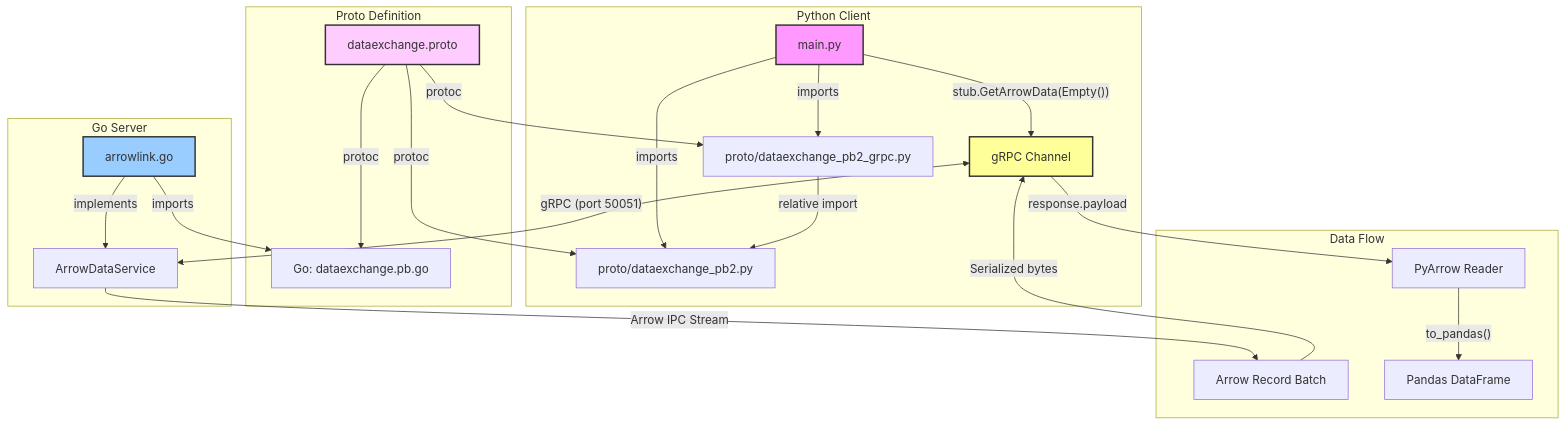
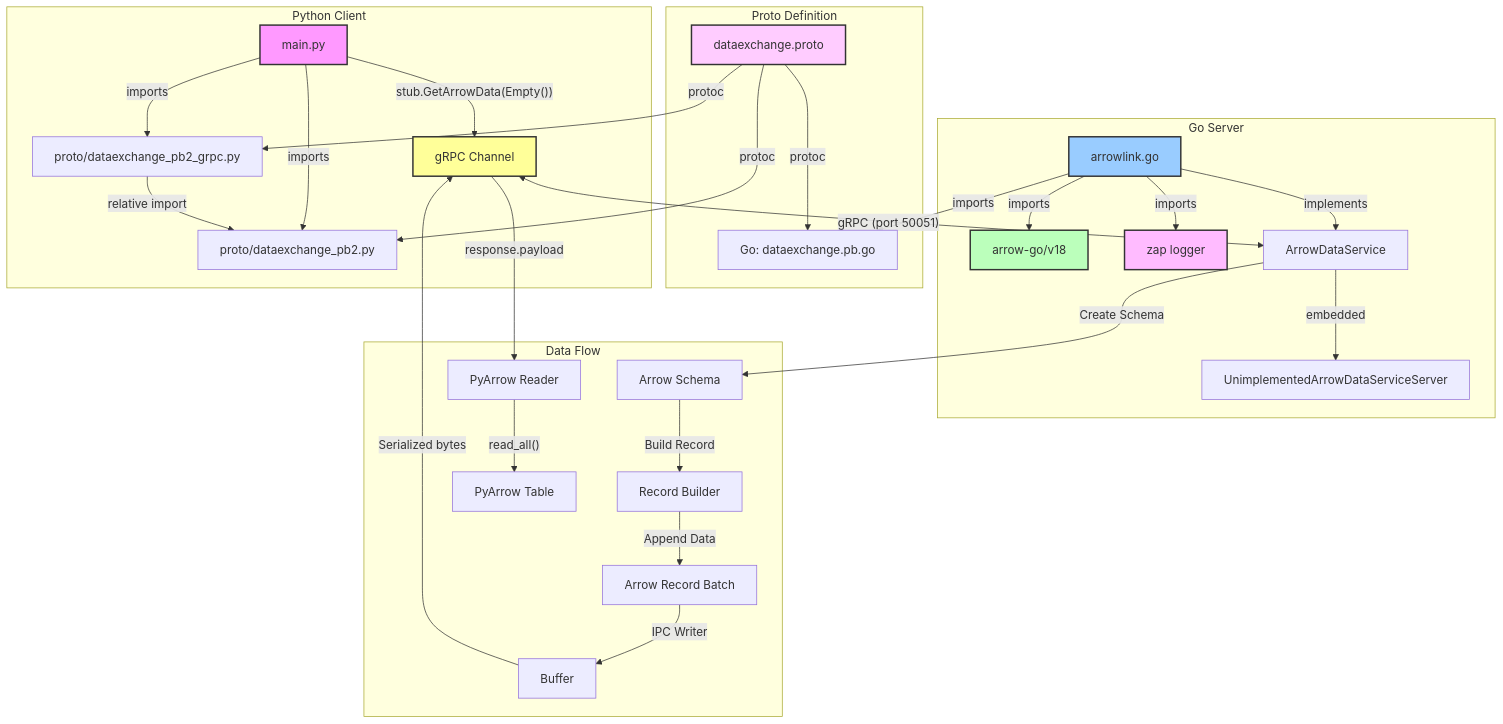
The diagram in docs/overview.mmd (TFMV/ArrowLink), drawn with Mermaid before and after one commit. The commit also changed 5 other files, not shown here.

```diff
--- a/docs/overview.mmd
+++ b/docs/overview.mmd
@@ -1,32 +1,40 @@
 graph TD
     subgraph "Python Client"
         A[main.py] --> |imports| B[proto/dataexchange_pb2_grpc.py]
         A --> |imports| C[proto/dataexchange_pb2.py]
         B --> |relative import| C
         A --> |"stub.GetArrowData(Empty())"| D[gRPC Channel]
     end
 
     subgraph "Proto Definition"
         E[dataexchange.proto] --> |protoc| B
         E --> |protoc| C
         E --> |protoc| F[Go: dataexchange.pb.go]
     end
 
     subgraph "Go Server"
         G[arrowlink.go] --> |imports| F
-        G --> |"implements"| H[ArrowDataService]
+        G --> |imports| L[arrow-go/v18]
+        G --> |imports| M[zap logger]
+        G --> |implements| H[ArrowDataService]
+        H --> |embedded| N[UnimplementedArrowDataServiceServer]
     end
 
     D <--> |"gRPC (port 50051)"| H
 
     subgraph "Data Flow"
-        H --> |"Arrow IPC Stream"| I[Arrow Record Batch]
-        I --> |"Serialized bytes"| D
+        H --> |"Create Schema"| O[Arrow Schema]
+        O --> |"Build Record"| P[Record Builder]
+        P --> |"Append Data"| I[Arrow Record Batch]
+        I --> |"IPC Writer"| Q[Buffer]
+        Q --> |"Serialized bytes"| D
         D --> |"response.payload"| J[PyArrow Reader]
-        J --> |"to_pandas()"| K[Pandas DataFrame]
+        J --> |"read_all()"| R[PyArrow Table]
     end
 
     style A fill:#f9f,stroke:#333,stroke-width:2px
     style G fill:#9cf,stroke:#333,stroke-width:2px
     style E fill:#fcf,stroke:#333,stroke-width:2px
     style D fill:#ff9,stroke:#333,stroke-width:2px
+    style L fill:#bfb,stroke:#333,stroke-width:2px
+    style M fill:#fbf,stroke:#333,stroke-width:2px
```
